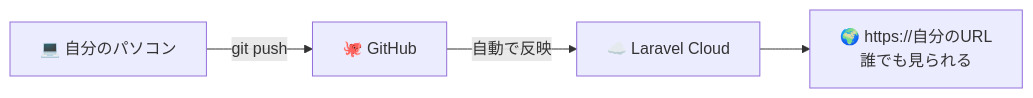
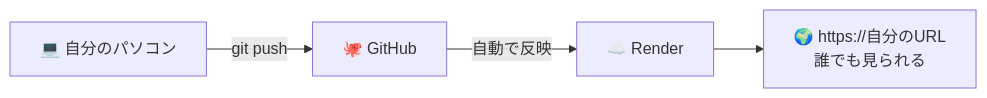
One commit to kou-tech/seb-hands-on changed the third of 3 diagrams in guides/02.md. Above: the diagram before and after it, drawn with Mermaid. The commit also changed other lines of this file and 7 other files, not shown here.

````diff
--- a/guides/02.md
+++ b/guides/02.md
@@ -192,6 +192,6 @@
 ```mermaid
 flowchart LR
     PC["💻 自分のパソコン"] -->|"git push"| GH["🐙 GitHub"]
-    GH -->|自動で反映| LC["☁️ Laravel Cloud"]
-    LC --> URL["🌍 https://自分のURL<br/>誰でも見られる"]
+    GH -->|自動で反映| R["☁️ Render"]
+    R --> URL["🌍 https://自分のURL<br/>誰でも見られる"]
 ```
````
